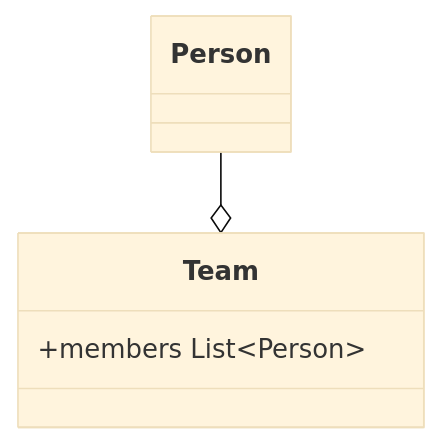
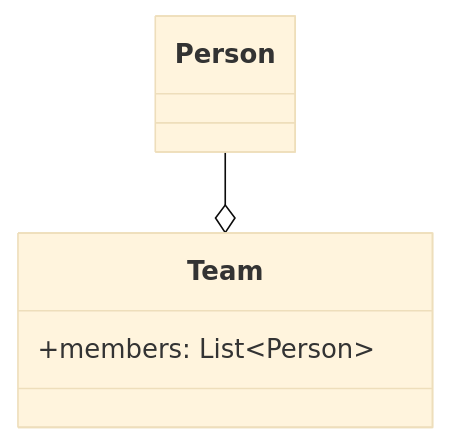
The eighth of 11 diagrams in docs/documentation/class-diagrams.mdx (jappuccini/java-docs), drawn with Mermaid (base theme) before and after one commit. The commit also changed other lines of this file and 2 other files, not shown here.

````diff
--- a/docs/documentation/class-diagrams.mdx
+++ b/docs/documentation/class-diagrams.mdx
@@ -194,7 +194,7 @@
 ```mermaid
 classDiagram
     Person --o Team
     class Team {
-        +members List~Person~
+        +members: List~Person~
     }
 ```
````
